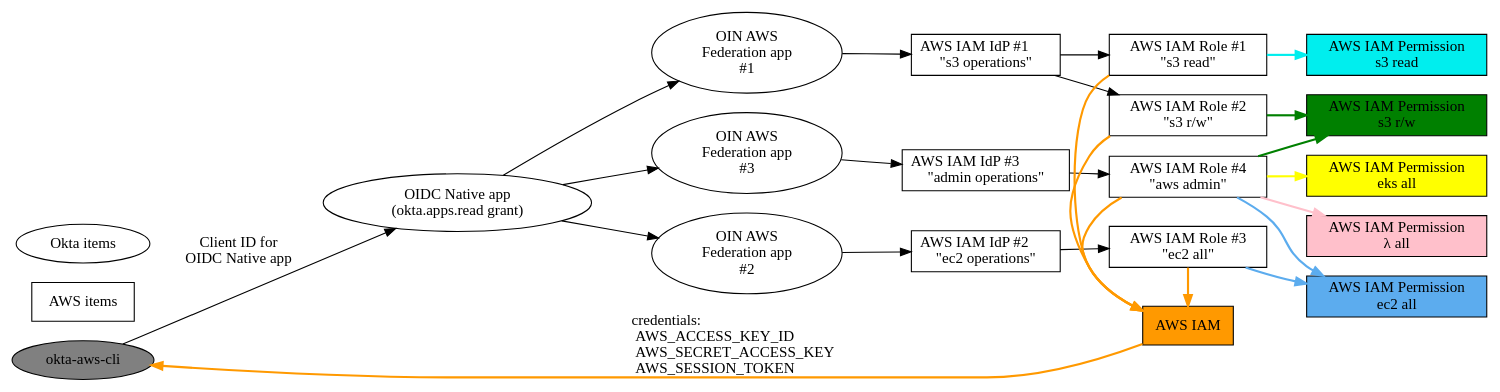
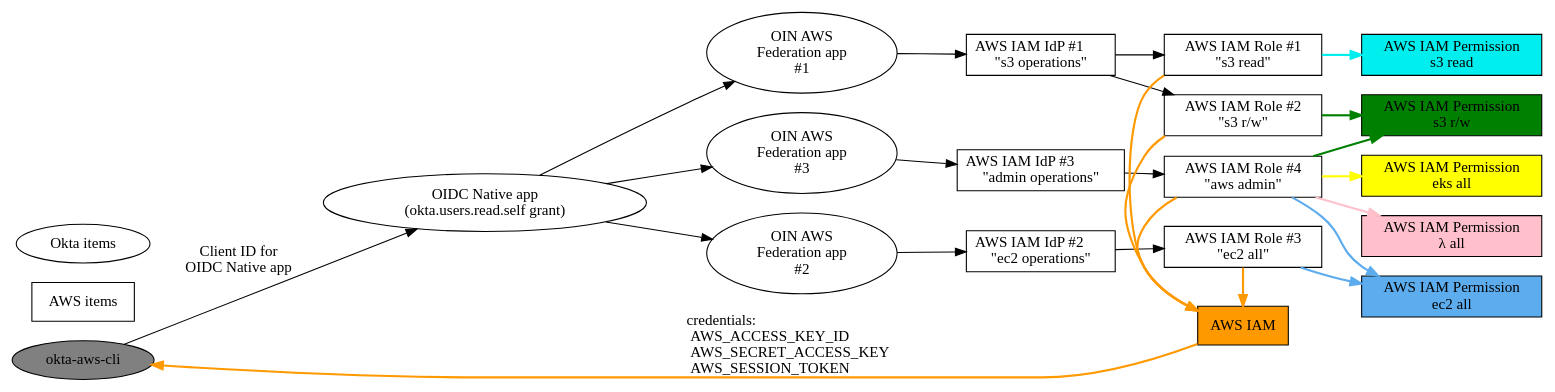
One commit to okta/okta-aws-cli changed the diagram in doc/multi-aws-environments.gv. Above: the diagram before and after it, drawn with Graphviz. The commit also changed 2 other files, not shown here.

Commit message:
Removing references to admin-only grant `okta.apps.read`

```diff
--- a/doc/multi-aws-environments.gv
+++ b/doc/multi-aws-environments.gv
@@ -1,81 +1,81 @@
 digraph D {
 
   graph [rankdir="LR"]
 
   okta_aws_cli [label="okta-aws-cli" fillcolor=grey style=filled];
 
-  oauth_app [label="OIDC Native app\n(okta.apps.read grant)"];
+  oauth_app [label="OIDC Native app\n(okta.users.read.self grant)"];
 
   okta_aws_cli -> oauth_app [label = "Client ID for\nOIDC Native app"];
 
   aws_fed_app_1 [label="OIN AWS\nFederation app\n#1"];
   aws_fed_app_2 [label="OIN AWS\nFederation app\n#2"];
   aws_fed_app_3 [label="OIN AWS\nFederation app\n#3"];
 
   oauth_app -> aws_fed_app_1 // [arrowhead=none];
   oauth_app -> aws_fed_app_2 // [arrowhead=none];
   oauth_app -> aws_fed_app_3 // [arrowhead=none];
 
   aws_iam_idp_1 [shape=box label = "AWS IAM IdP #1\l\"s3 operations\""];
   aws_iam_idp_2 [shape=box label = "AWS IAM IdP #2\l\"ec2 operations\""];
   aws_iam_idp_3 [shape=box label = "AWS IAM IdP #3\l\"admin operations\""];
 
   aws_fed_app_1 -> aws_iam_idp_1 ;
   aws_fed_app_2 -> aws_iam_idp_2 ;
   aws_fed_app_3 -> aws_iam_idp_3 ;
 
   aws_iam_role_1 [shape=box label="AWS IAM Role #1\n\"s3 read\""];
   aws_iam_role_2 [shape=box label="AWS IAM Role #2\n\"s3 r/w\""];
   aws_iam_role_3 [shape=box label="AWS IAM Role #3\n\"ec2 all\""];
   aws_iam_role_4 [shape=box label="AWS IAM Role #4\n\"aws admin\""];
 
   aws_iam_idp_1 -> aws_iam_role_1 ;
   aws_iam_idp_1 -> aws_iam_role_2 ;
   aws_iam_idp_2 -> aws_iam_role_3 ;
   aws_iam_idp_3 -> aws_iam_role_4 ;
 
   aws_iam_permission_1 [shape=box style=filled fillcolor=cyan2 label="AWS IAM Permission\ns3 read"];
   aws_iam_permission_2 [shape=box style=filled fillcolor=green label="AWS IAM Permission\ns3 r/w"];
   aws_iam_permission_3 [shape=box style=filled fillcolor=steelblue2 label="AWS IAM Permission\nec2 all"];
   aws_iam_permission_4 [shape=box style=filled fillcolor=yellow label="AWS IAM Permission\neks all"];
   aws_iam_permission_5 [shape=box style=filled fillcolor=pink label="AWS IAM Permission\nλ all"];
 
   aws_iam_role_1 -> aws_iam_permission_1 [style=bold color=cyan2 ];
   aws_iam_role_2 -> aws_iam_permission_2 [style=bold color=green ];
   aws_iam_role_3 -> aws_iam_permission_3 [style=bold color=steelblue2 ];
   aws_iam_role_4 -> aws_iam_permission_2 [style=bold color=green ];
   aws_iam_role_4 -> aws_iam_permission_3 [style=bold color=steelblue2 ];
   aws_iam_role_4 -> aws_iam_permission_4 [style=bold color=yellow ];
   aws_iam_role_4 -> aws_iam_permission_5 [style=bold color=pink ];
 
   aws_iam_role_1 -> aws_iam [style=bold color="#ff9900"];
   aws_iam_role_2 -> aws_iam [style=bold color="#ff9900"];
   aws_iam_role_3 -> aws_iam [style=bold color="#ff9900"];
   aws_iam_role_4 -> aws_iam [style=bold color="#ff9900"];
 
   aws_iam [label = "AWS IAM" shape=polygon fillcolor="#ff9900" style=filled];
   aws_iam -> okta_aws_cli [style=bold dir=backward label="credentials:\l  AWS_ACCESS_KEY_ID\l  AWS_SECRET_ACCESS_KEY\l  AWS_SESSION_TOKEN\l" color="#ff9900"];
 
   box [shape=box label="AWS items"]
   oval [label="Okta items"]
 
   {
     rank=same 
     aws_iam
     aws_iam_role_1
     aws_iam_role_2
     aws_iam_role_3
     aws_iam_role_4
   }
 
   {
     rankdir=TB
     rank=same 
     okta_aws_cli
     oval
     box
   }
 
   //{ rank=same oauth_app aws_fed_app_1 }
   //{ rank=same aws_iam }
 }
```
